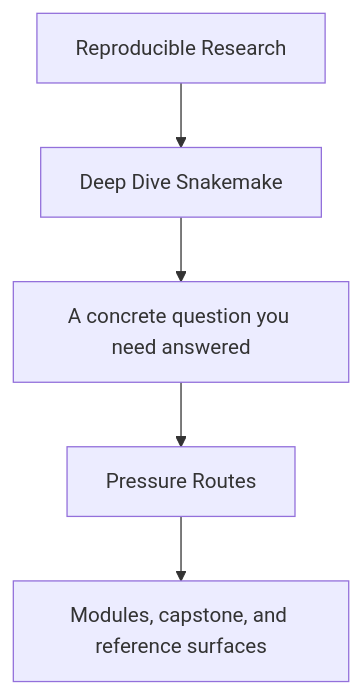
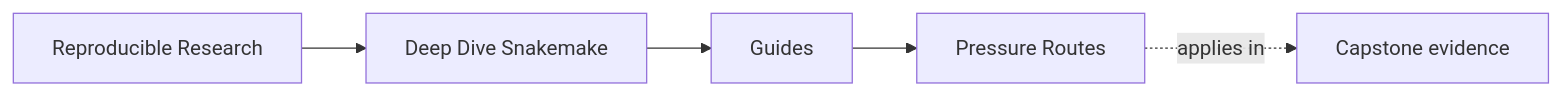
Before and after one commit to bijux/bijux-masterclass: the first of 2 diagrams in programs/reproducible-research/deep-dive-snakemake/course-book/guides/pressure-routes.md, drawn with Mermaid. The commit also changed other lines of this file and 149 other files, not shown here.

Commit message:
docs(deep-dive-snakemake): map workflow proof and operations surfaces

````diff
--- a/programs/reproducible-research/deep-dive-snakemake/course-book/guides/pressure-routes.md
+++ b/programs/reproducible-research/deep-dive-snakemake/course-book/guides/pressure-routes.md
@@ -6,7 +6,11 @@
 ```mermaid
-flowchart TD
-  family["Reproducible Research"] --> program["Deep Dive Snakemake"]
-  program --> pressure["A concrete question you need answered"]
-  pressure --> guide["Pressure Routes"]
-  guide --> next["Modules, capstone, and reference surfaces"]
+graph LR
+  family["Reproducible Research"]
+  program["Deep Dive Snakemake"]
+  section["Guides"]
+  page["Pressure Routes"]
+  capstone["Capstone evidence"]
+
+  family --> program --> section --> page
+  page -.applies in.-> capstone
 ```
````
